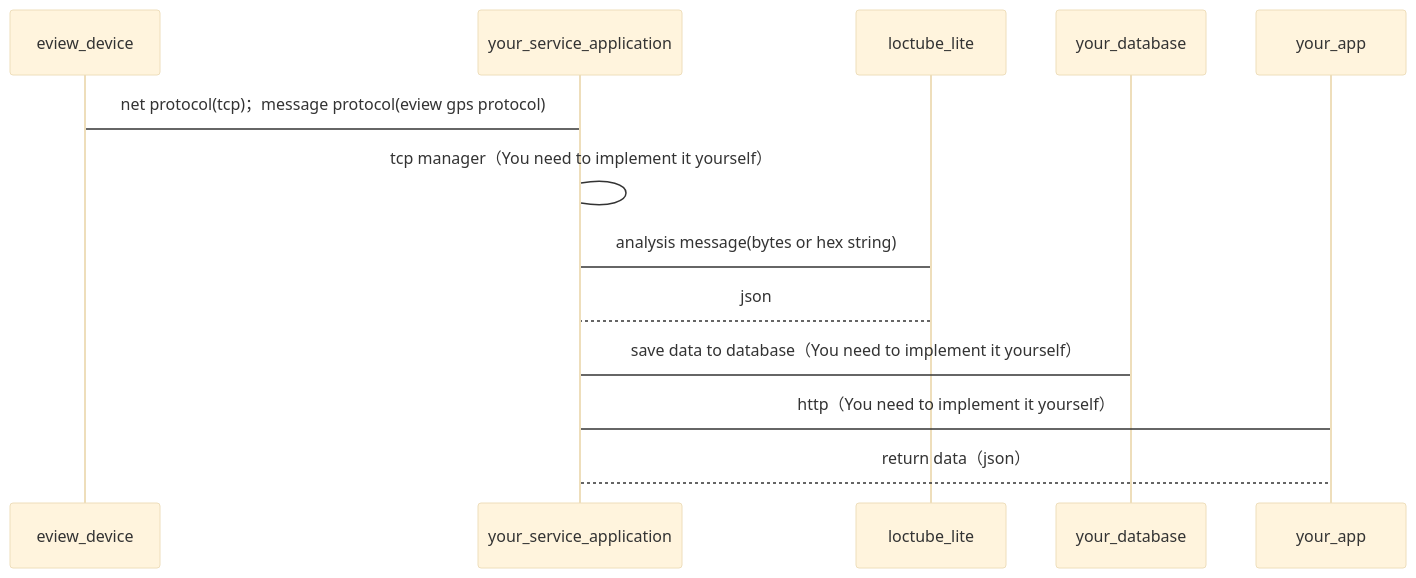
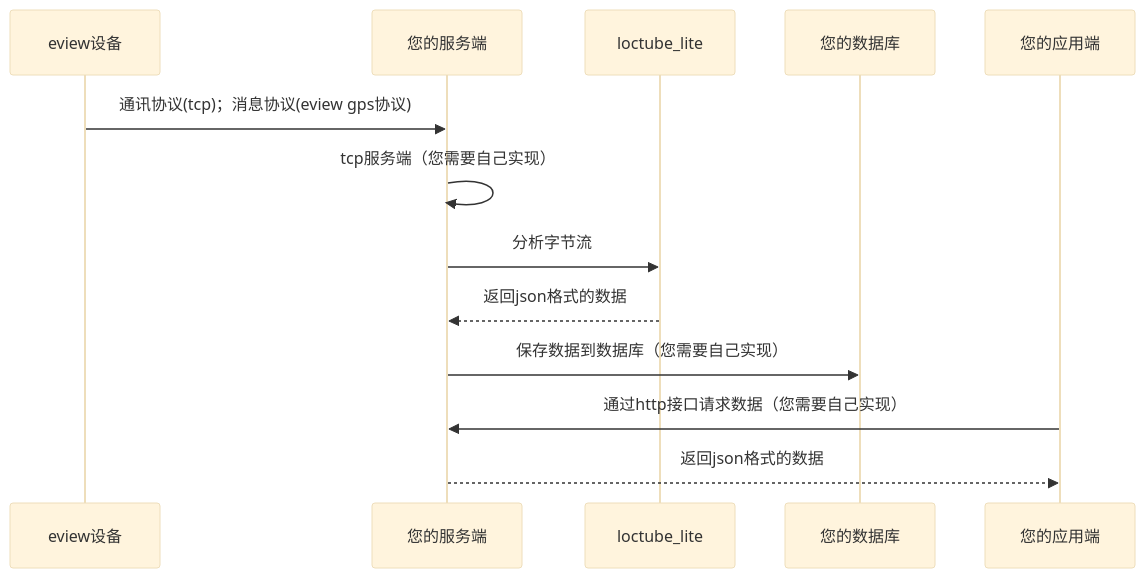
Before and after one commit to zeje/EviewCloudDoc: the diagram in src/zh/sequenceDiagram/loctube-lite.md, drawn with Mermaid (base theme). The commit also changed 39 other files, not shown here.

````diff
--- a/src/zh/sequenceDiagram/loctube-lite.md
+++ b/src/zh/sequenceDiagram/loctube-lite.md
@@ -1,19 +1,19 @@
 ```mermaid
 
 sequenceDiagram
 
-    participant device as eview_device
-    participant server as your_service_application
+    participant device as eview设备
+    participant server as 您的服务端
     participant lite as loctube_lite
-    participant db as your_database
-    participant app as your_app
+    participant db as 您的数据库
+    participant app as 您的应用端
 
-    device -> server: net protocol(tcp)；message protocol(eview gps protocol)
-    server -> server: tcp manager（You need to implement it yourself）
-    server -> lite: analysis message(bytes or hex string)
-    lite --> server: json
-    server -> db: save data to database（You need to implement it yourself）
-    app -> server : http（You need to implement it yourself）
-    server --> app: return data（json）
+    device ->> server: 通讯协议(tcp)；消息协议(eview gps协议)
+    server ->> server: tcp服务端（您需要自己实现）
+    server ->> lite: 分析字节流
+    lite -->> server: 返回json格式的数据
+    server ->> db: 保存数据到数据库（您需要自己实现）
+    app ->> server : 通过http接口请求数据（您需要自己实现）
+    server -->> app: 返回json格式的数据
 
 ```
````
